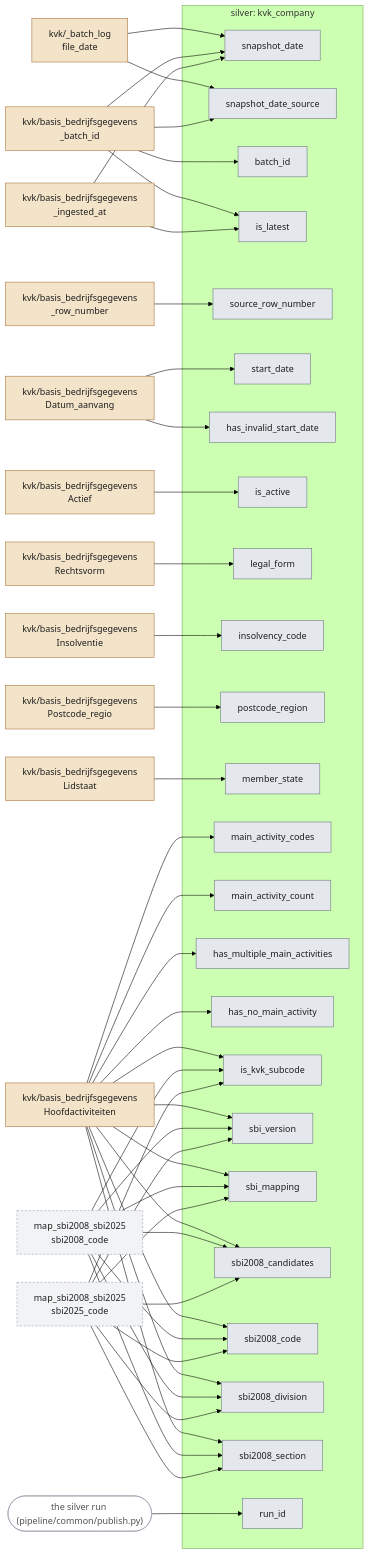
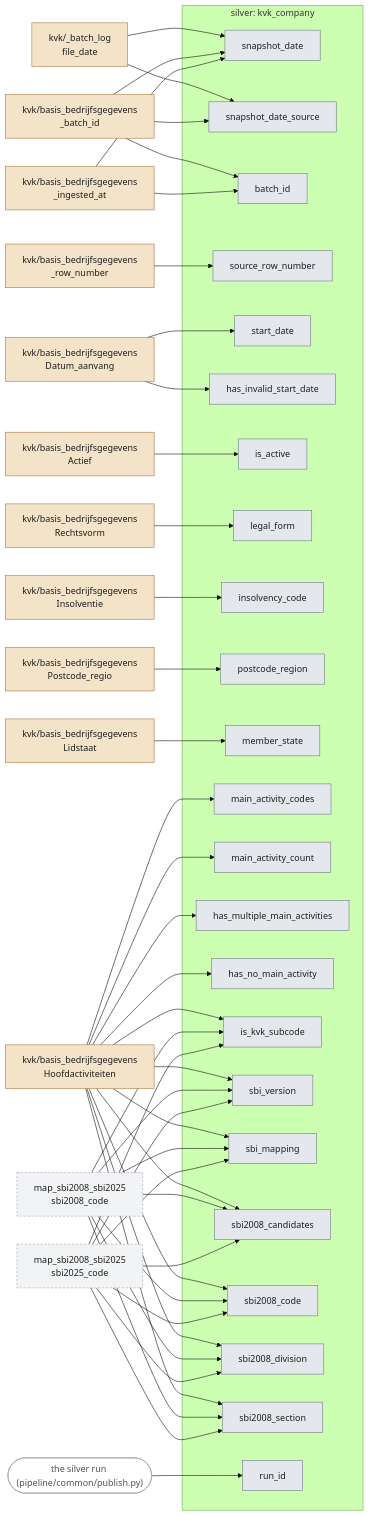
Diagram 13 of 20 in docs/lineage.md (stefancodecommit/AOV_Lakehouse), drawn with Mermaid (forest theme) before and after one commit. The commit also changed other lines of this file and 25 other files, not shown here.

First line of the commit message:
Silver KVK: only the newest upload, bronze keeps the history

```diff
--- a/docs/lineage.md
+++ b/docs/lineage.md
@@ -774,7 +774,6 @@
     n_col_snapshot_date["snapshot_date"]:::silver
     n_col_snapshot_date_source["snapshot_date_source"]:::silver
     n_col_batch_id["batch_id"]:::silver
-    n_col_is_latest["is_latest"]:::silver
     n_col_source_row_number["source_row_number"]:::silver
     n_col_start_date["start_date"]:::silver
     n_col_has_invalid_start_date["has_invalid_start_date"]:::silver
@@ -802,8 +801,7 @@
   n_src_kvk__batch_log_file_date --> n_col_snapshot_date_source
   n_src_kvk_basis_bedrijfsgegevens__batch_id --> n_col_snapshot_date_source
   n_src_kvk_basis_bedrijfsgegevens__batch_id --> n_col_batch_id
-  n_src_kvk_basis_bedrijfsgegevens__batch_id --> n_col_is_latest
-  n_src_kvk_basis_bedrijfsgegevens__ingested_at --> n_col_is_latest
+  n_src_kvk_basis_bedrijfsgegevens__ingested_at --> n_col_batch_id
   n_src_kvk_basis_bedrijfsgegevens__row_number --> n_col_source_row_number
   n_src_kvk_basis_bedrijfsgegevens_Datum_aanvang --> n_col_start_date
   n_src_kvk_basis_bedrijfsgegevens_Datum_aanvang --> n_col_has_invalid_start_date
```
